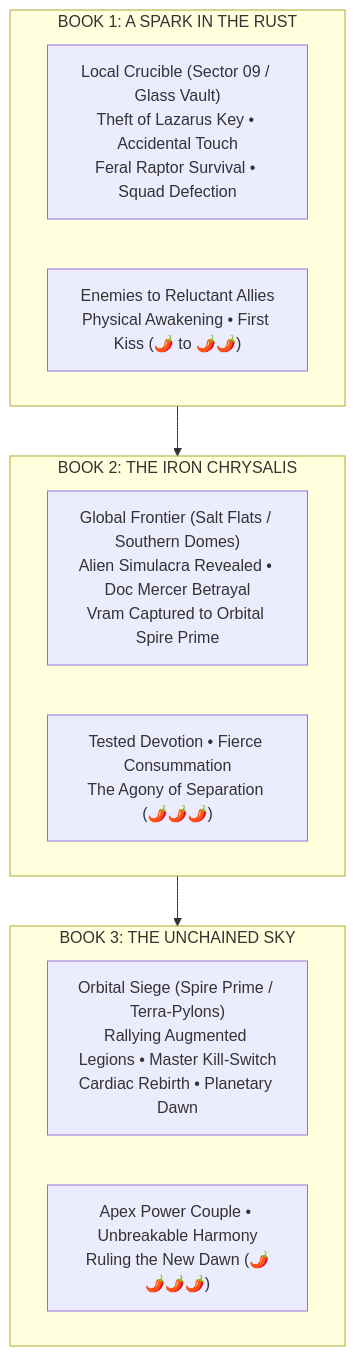
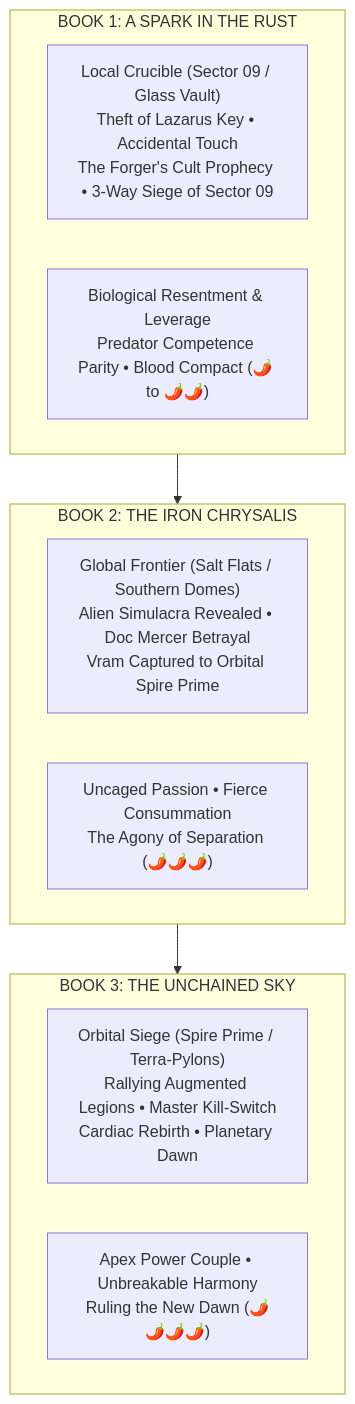
Before and after one commit to ajuandiego/arkun: the diagram in 05_plot/trilogy_overview.md, drawn with Mermaid. The commit also changed other lines of this file and 14 other files, not shown here.

````diff
--- a/05_plot/trilogy_overview.md
+++ b/05_plot/trilogy_overview.md
@@ -16,19 +17,19 @@
 ```mermaid
 graph TD
     subgraph B1 ["BOOK 1: A SPARK IN THE RUST"]
-        B1_Plot["Local Crucible (Sector 09 / Glass Vault)<br/>Theft of Lazarus Key • Accidental Touch<br/>Feral Raptor Survival • Squad Defection"]
-        B1_Romance["Enemies to Reluctant Allies<br/>Physical Awakening • First Kiss (🌶️ to 🌶️🌶️)"]
+        B1_Plot["Local Crucible (Sector 09 / Glass Vault)<br/>Theft of Lazarus Key • Accidental Touch<br/>The Forger's Cult Prophecy • 3-Way Siege of Sector 09"]
+        B1_Romance["Biological Resentment & Leverage<br/>Predator Competence Parity • Blood Compact (🌶️ to 🌶️🌶️)"]
     end
 
     subgraph B2 ["BOOK 2: THE IRON CHRYSALIS"]
         B2_Plot["Global Frontier (Salt Flats / Southern Domes)<br/>Alien Simulacra Revealed • Doc Mercer Betrayal<br/>Vram Captured to Orbital Spire Prime"]
-        B2_Romance["Tested Devotion • Fierce Consummation<br/>The Agony of Separation (🌶️🌶️🌶️)"]
+        B2_Romance["Uncaged Passion • Fierce Consummation<br/>The Agony of Separation (🌶️🌶️🌶️)"]
     end
 
     subgraph B3 ["BOOK 3: THE UNCHAINED SKY"]
         B3_Plot["Orbital Siege (Spire Prime / Terra-Pylons)<br/>Rallying Augmented Legions • Master Kill-Switch<br/>Cardiac Rebirth • Planetary Dawn"]
         B3_Romance["Apex Power Couple • Unbreakable Harmony<br/>Ruling the New Dawn (🌶️🌶️🌶️🌶️)"]
     end
 
     B1 --> B2 --> B3
 ```
````
